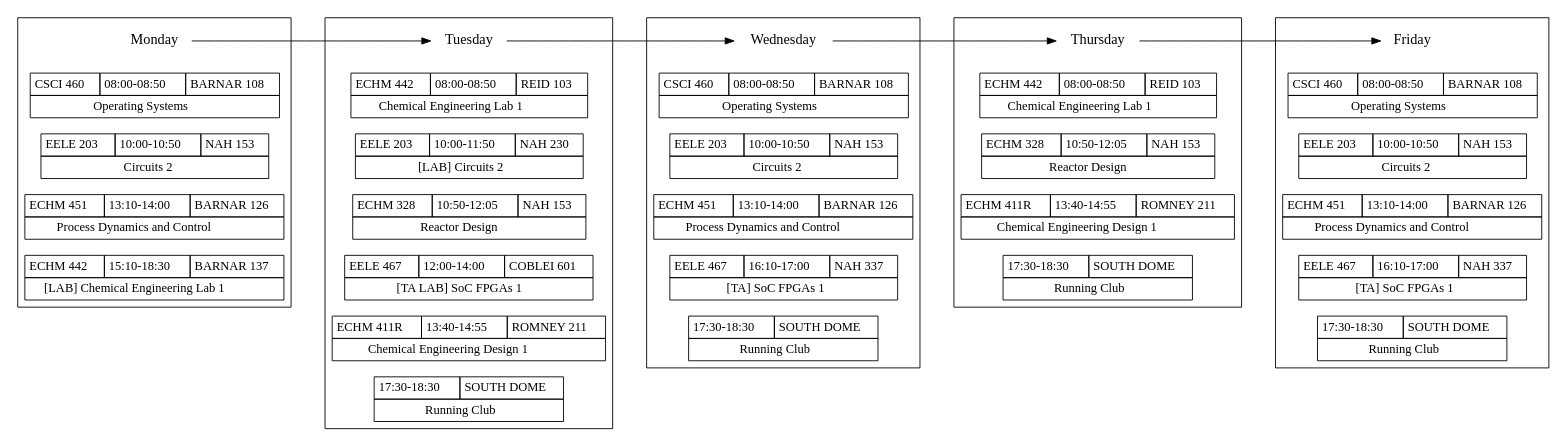
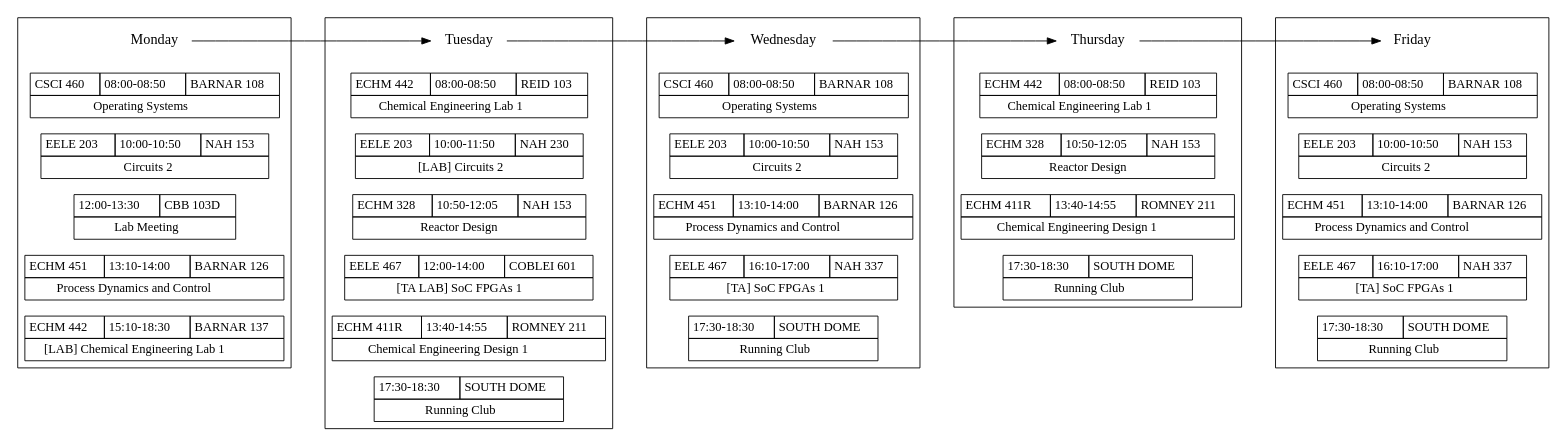
The diagram in schedule_4-senior-sem-1-fall.gv (w-culhane/schedule-flowchart), drawn with Graphviz before and after one commit.

Commit message:
Add lab meeting times

```diff
--- a/schedule_4-senior-sem-1-fall.gv
+++ b/schedule_4-senior-sem-1-fall.gv
@@ -6,7 +6,7 @@
     }
 
     {node [shape=none, margin=0]
-	subgraph clustermonday { rank = same; "Monday"; "CSCI460-m"; "EELE203-m"; "ECHM451-m"; "ECHM442-m-lab"; }
+	subgraph clustermonday { rank = same; "Monday"; "CSCI460-m"; "EELE203-m"; "WORK-m-meeting"; "ECHM451-m"; "ECHM442-m-lab"; }
     }
 
     "CSCI460-m" [label=<
@@ -28,6 +28,15 @@
 		 </TR>
 		 <TR><TD COLSPAN="3">Circuits 2</TD></TR>
 		 </TABLE>>];
+
+    "WORK-m-meeting" [label=<
+		      <TABLE BORDER="0" CELLBORDER="1" CELLSPACING="0" CELLPADDING="4">
+		      <TR>
+		      <TD>12:00-13:30</TD>
+		      <TD>CBB 103D</TD>
+		      </TR>
+		      <TR><TD COLSPAN="2">Lab Meeting</TD></TR>
+		      </TABLE>>];
 
     "ECHM451-m" [label=<
 		 <TABLE BORDER="0" CELLBORDER="1" CELLSPACING="0" CELLPADDING="4">
```
